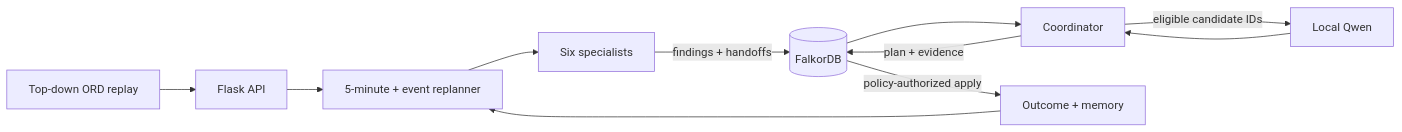
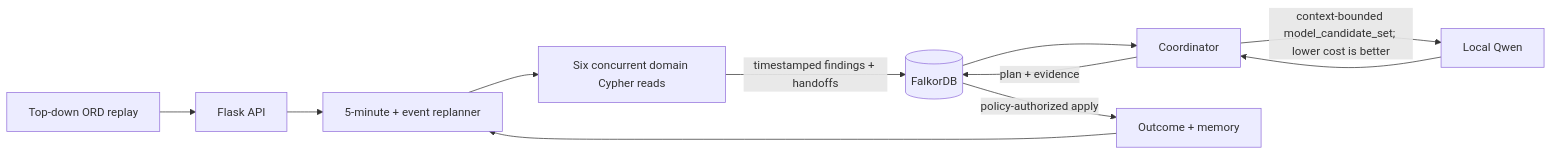
The diagram in README.md (SuVI3010/groundgraph), drawn with Mermaid before and after one commit. The commit also changed other lines of this file and 46 other files, not shown here.

Commit message:
feat: complete graph-native airport recovery demo

````diff
--- a/README.md
+++ b/README.md
@@ -61,13 +64,13 @@
 ```mermaid
 flowchart LR
     UI[Top-down ORD replay] --> API[Flask API]
     API --> LOOP[5-minute + event replanner]
-    LOOP --> A[Six specialists]
-    A -->|findings + handoffs| G[(FalkorDB)]
+    LOOP --> A[Six concurrent domain Cypher reads]
+    A -->|timestamped findings + handoffs| G[(FalkorDB)]
     G --> C[Coordinator]
-    C -->|eligible candidate IDs| L[Local Qwen]
+    C -->|context-bounded model_candidate_set; lower cost is better| L[Local Qwen]
     L --> C
     C -->|plan + evidence| G
     G -->|policy-authorized apply| O[Outcome + memory]
     O --> LOOP
 ```
````
